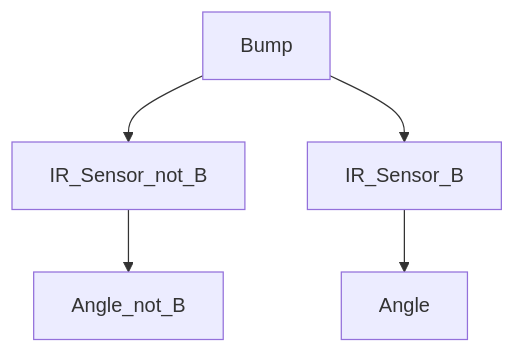
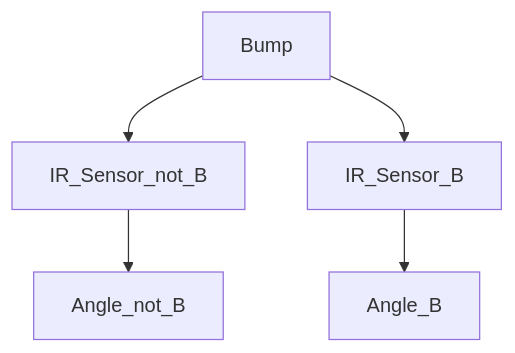
One commit to vamshireddy7008/CSE5694-IROBOT changed the second of 2 diagrams in README.md. Above: the diagram before and after it, drawn with Mermaid.

Commit message:
fix READEME bug
fix READEME bug

````diff
--- a/README.md
+++ b/README.md
@@ -53,7 +53,7 @@
 ```mermaid
 graph TD;
     Bump-->IR_Sensor_not_B;
     IR_Sensor_not_B-->Angle_not_B;
     Bump-->IR_Sensor_B;
-    IR_Sensor_B-->Angle;
+    IR_Sensor_B-->Angle_B;
 ```
````
